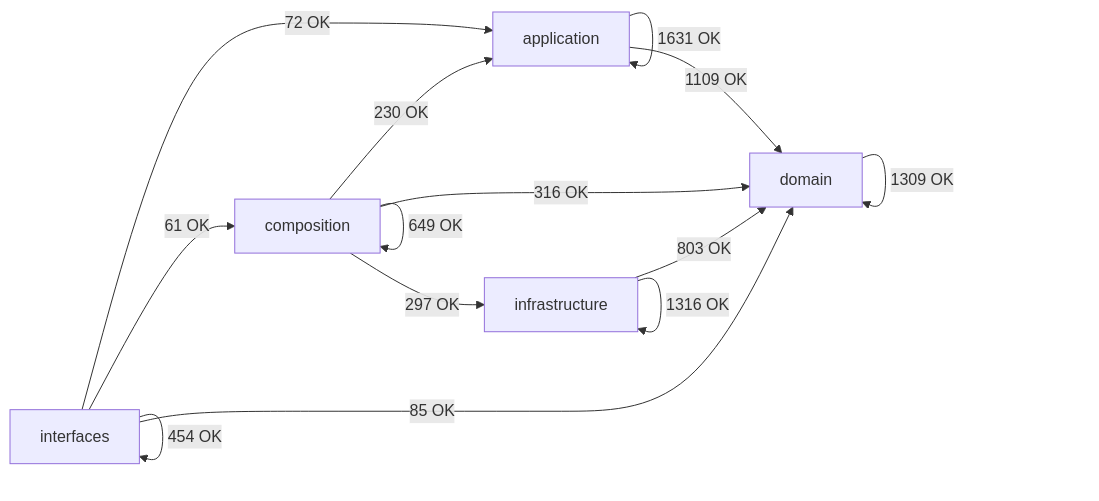
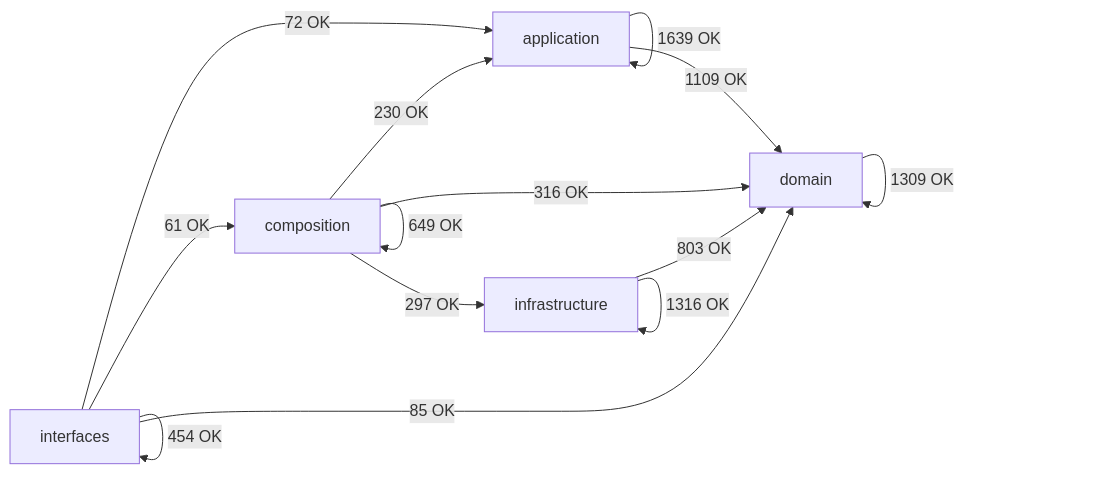
The diagram in docs/02-architecture/generated/module-dependency-map.md (SatoryKono/BioactivityDataAcquisition), drawn with Mermaid before and after one commit. The commit also changed other lines of this file and 19 other files, not shown here.

````diff
--- a/docs/02-architecture/generated/module-dependency-map.md
+++ b/docs/02-architecture/generated/module-dependency-map.md
@@ -17,21 +17,21 @@
 ```mermaid
 flowchart LR
     domain[domain]
     application[application]
     infrastructure[infrastructure]
     composition[composition]
     interfaces[interfaces]
-    application -->|1631 OK| application
+    application -->|1639 OK| application
     application -->|1109 OK| domain
     composition -->|230 OK| application
     composition -->|649 OK| composition
     composition -->|316 OK| domain
     composition -->|297 OK| infrastructure
     domain -->|1309 OK| domain
     infrastructure -->|803 OK| domain
     infrastructure -->|1316 OK| infrastructure
     interfaces -->|72 OK| application
     interfaces -->|61 OK| composition
     interfaces -->|85 OK| domain
     interfaces -->|454 OK| interfaces
 ```
````
